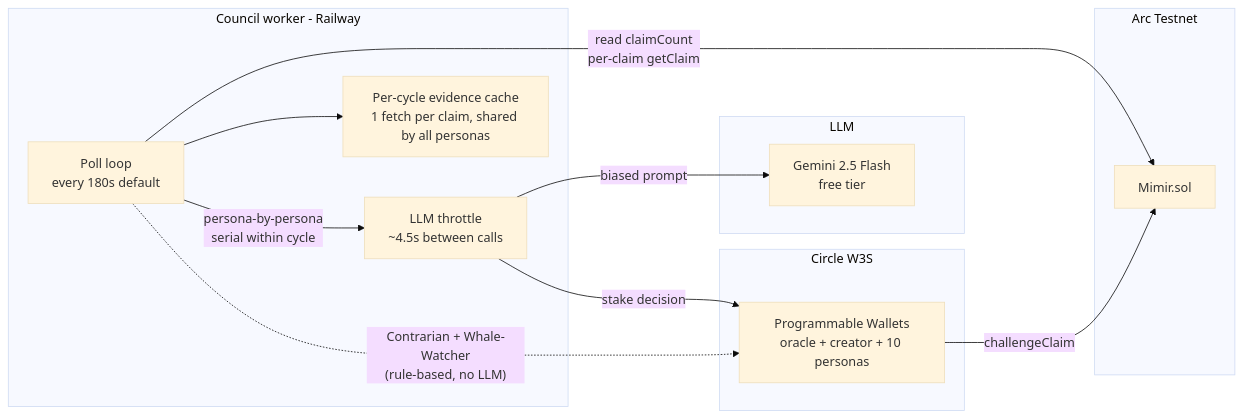
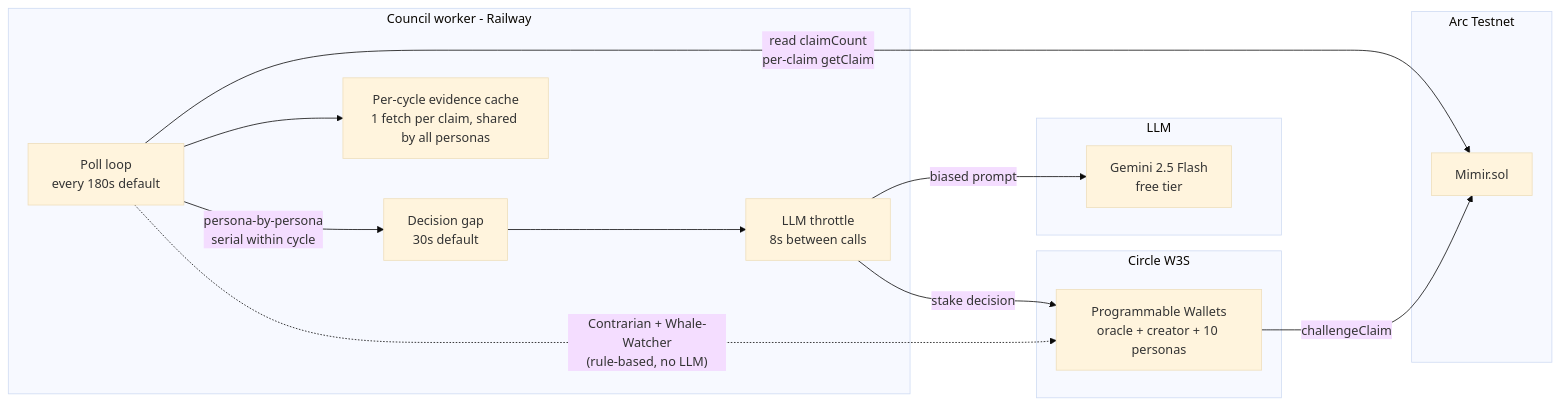
The diagram in docs/COUNCIL.md (enliven17/mimir), drawn with Mermaid (base theme) before and after one commit. The commit also changed other lines of this file and 8 other files, not shown here.

````diff
--- a/docs/COUNCIL.md
+++ b/docs/COUNCIL.md
@@ -56,30 +56,32 @@
 ```mermaid
 flowchart LR
     subgraph circle[Circle W3S]
         W3S[Programmable Wallets<br/>oracle + creator + 10 personas]
     end
 
     subgraph worker[Council worker - Railway]
         LOOP[Poll loop<br/>every 180s default]
         CACHE[Per-cycle evidence cache<br/>1 fetch per claim, shared by all personas]
-        TH[LLM throttle<br/>~4.5s between calls]
+        GAP[Decision gap<br/>30s default]
+        TH[LLM throttle<br/>8s between calls]
     end
 
     subgraph chain[Arc Testnet]
         CT[Mimir.sol]
     end
 
     subgraph llm[LLM]
         GEM[Gemini 2.5 Flash<br/>free tier]
     end
 
     LOOP -->|read claimCount<br/>per-claim getClaim| CT
     LOOP --> CACHE
-    LOOP -->|persona-by-persona<br/>serial within cycle| TH
+    LOOP -->|persona-by-persona<br/>serial within cycle| GAP
+    GAP --> TH
     TH -->|biased prompt| GEM
     TH -->|stake decision| W3S
     W3S -->|challengeClaim| CT
 
     classDef no-llm stroke-dasharray: 4 4
     LOOP -.->|"Contrarian + Whale-Watcher<br/>(rule-based, no LLM)"| W3S
 ```
````
